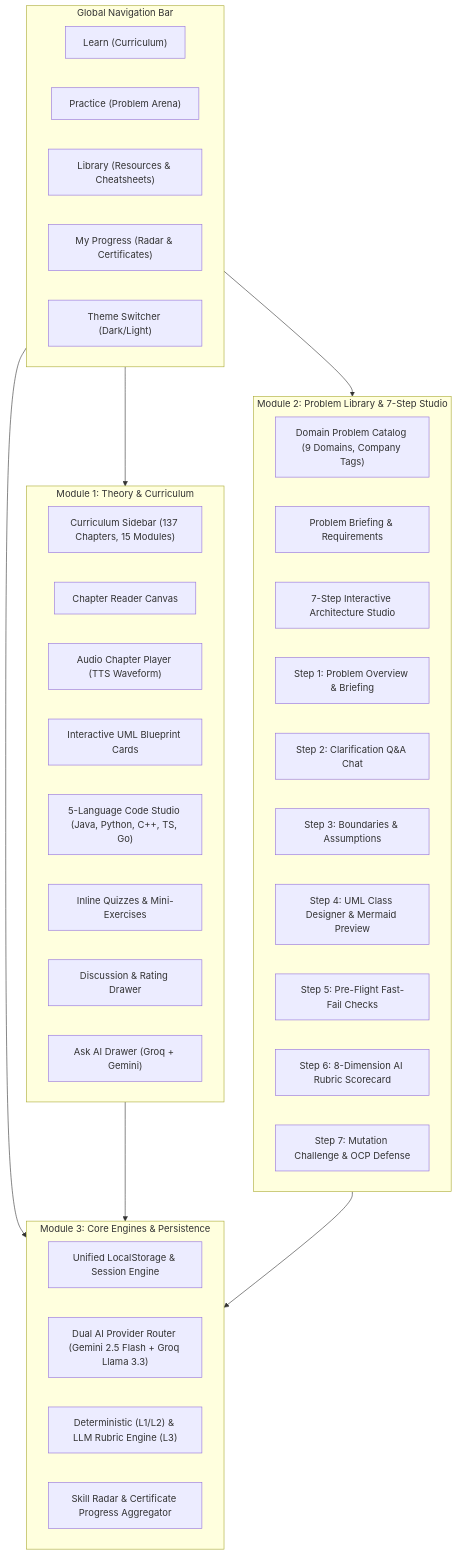
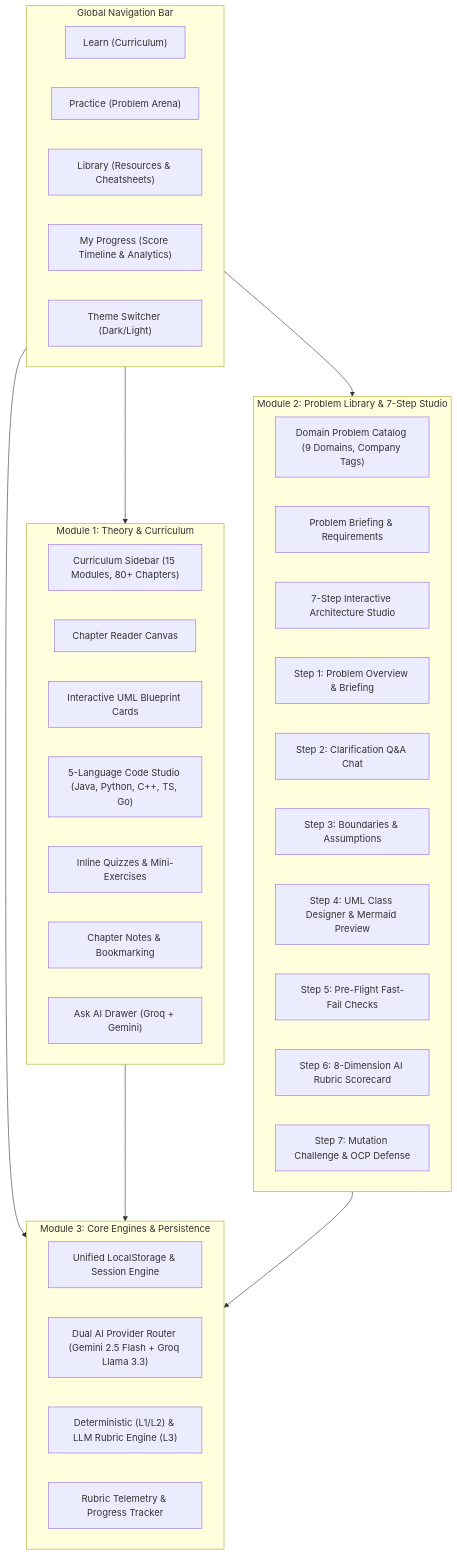
The first of 2 diagrams in docs/MASTER_ROADMAP_LLD_PLATFORM.md (SachinManral/DesignLoop), drawn with Mermaid before and after one commit. The commit also changed other lines of this file and 6 other files, not shown here.

````diff
--- a/docs/MASTER_ROADMAP_LLD_PLATFORM.md
+++ b/docs/MASTER_ROADMAP_LLD_PLATFORM.md
@@ -11,47 +11,46 @@
 ```mermaid
 graph TD
     subgraph GlobalHeader ["Global Navigation Bar"]
         NavLearn["Learn (Curriculum)"]
         NavPractice["Practice (Problem Arena)"]
         NavLibrary["Library (Resources & Cheatsheets)"]
-        NavProgress["My Progress (Radar & Certificates)"]
+        NavProgress["My Progress (Score Timeline & Analytics)"]
         NavTheme["Theme Switcher (Dark/Light)"]
     end
 
     subgraph LearnModule ["Module 1: Theory & Curriculum"]
-        CurriculumNav["Curriculum Sidebar (137 Chapters, 15 Modules)"]
+        CurriculumNav["Curriculum Sidebar (15 Modules, 80+ Chapters)"]
         ReaderEngine["Chapter Reader Canvas"]
-        AudioSimulator["Audio Chapter Player (TTS Waveform)"]
         UMLRenderer["Interactive UML Blueprint Cards"]
         CodeRunner["5-Language Code Studio (Java, Python, C++, TS, Go)"]
         InlineQuiz["Inline Quizzes & Mini-Exercises"]
-        CommunityDrawer["Discussion & Rating Drawer"]
+        NotesDrawer["Chapter Notes & Bookmarking"]
         AIAssistant["Ask AI Drawer (Groq + Gemini)"]
     end
 
     subgraph PracticeModule ["Module 2: Problem Library & 7-Step Studio"]
         ProblemCatalog["Domain Problem Catalog (9 Domains, Company Tags)"]
         BriefingRoom["Problem Briefing & Requirements"]
         StepStudio["7-Step Interactive Architecture Studio"]
         Step1["Step 1: Problem Overview & Briefing"]
         Step2["Step 2: Clarification Q&A Chat"]
         Step3["Step 3: Boundaries & Assumptions"]
         Step4["Step 4: UML Class Designer & Mermaid Preview"]
         Step5["Step 5: Pre-Flight Fast-Fail Checks"]
         Step6["Step 6: 8-Dimension AI Rubric Scorecard"]
         Step7["Step 7: Mutation Challenge & OCP Defense"]
     end
 
     subgraph CoreServices ["Module 3: Core Engines & Persistence"]
         StorageEngine["Unified LocalStorage & Session Engine"]
         AiProvider["Dual AI Provider Router (Gemini 2.5 Flash + Groq Llama 3.3)"]
         EvalEngine["Deterministic (L1/L2) & LLM Rubric Engine (L3)"]
-        ProgressAggregator["Skill Radar & Certificate Progress Aggregator"]
+        ProgressAggregator["Rubric Telemetry & Progress Tracker"]
     end
 
     GlobalHeader --> LearnModule
     GlobalHeader --> PracticeModule
     GlobalHeader --> CoreServices
     LearnModule --> CoreServices
     PracticeModule --> CoreServices
 ```
````
